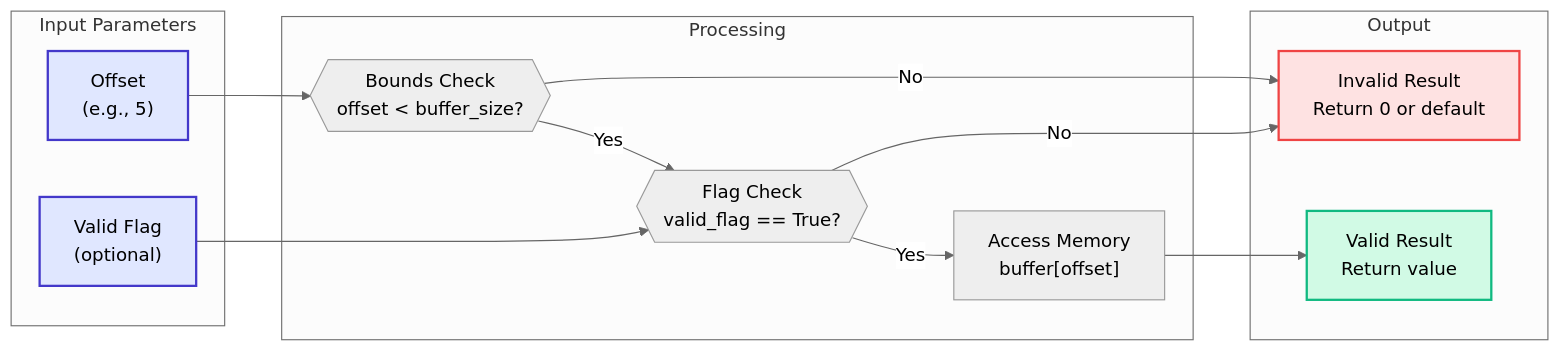
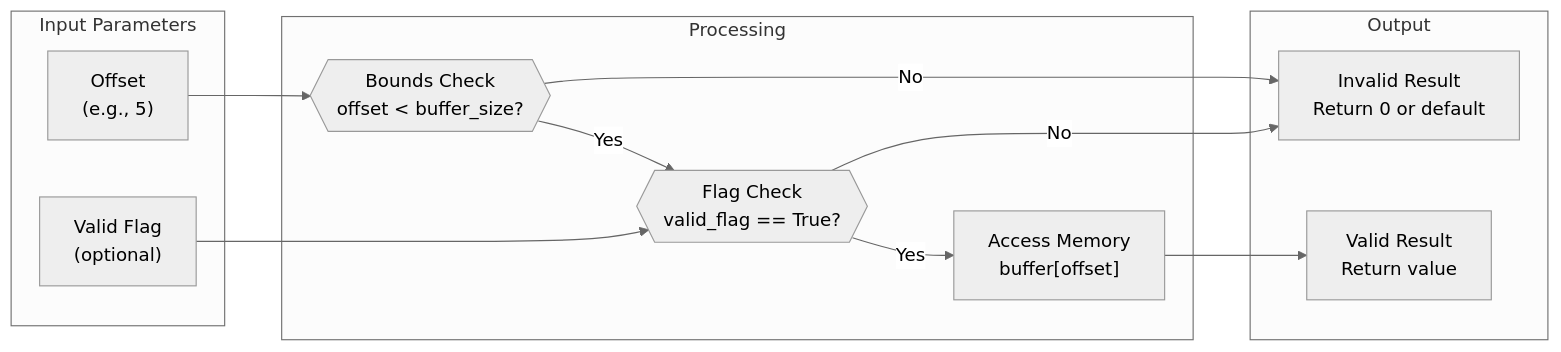
One commit to ROCm/composable_kernel changed the third of 4 diagrams in docs/conceptual/ck_tile/buffer_views.rst. Above: the diagram before and after it, drawn with Mermaid (neutral theme). The commit also changed other lines of this file and 21 other files, not shown here.

```diff
--- a/docs/conceptual/ck_tile/buffer_views.rst
+++ b/docs/conceptual/ck_tile/buffer_views.rst
@@ -245,34 +196,29 @@
-      .. mermaid::
-      
-         flowchart LR
-             subgraph "Input Parameters"
-                 Offset["Offset<br/>(e.g., 5)"]
-                 ValidFlag["Valid Flag<br/>(optional)"]
-             end
-   
-             subgraph "Processing"
-                 BoundsCheck{{"Bounds Check<br/>offset < buffer_size?"}}
-                 FlagCheck{{"Flag Check<br/>valid_flag == True?"}}
-                 Access["Access Memory<br/>buffer[offset]"]
-             end
-   
-             subgraph "Output"
-                 ValidResult["Valid Result<br/>Return value"]
-                 Invalid["Invalid Result<br/>Return 0 or default"]
-             end
-   
-             Offset --> BoundsCheck
-             ValidFlag --> FlagCheck
-   
-             BoundsCheck -->|Yes| FlagCheck
-             BoundsCheck -->|No| Invalid
-   
-             FlagCheck -->|Yes| Access
-             FlagCheck -->|No| Invalid
-   
-             Access --> ValidResult
-   
-             style Offset fill:#e0e7ff,stroke:#4338ca,stroke-width:2px
-             style ValidFlag fill:#e0e7ff,stroke:#4338ca,stroke-width:2px
-             style ValidResult fill:#d1fae5,stroke:#10b981,stroke-width:2px
-             style Invalid fill:#fee2e2,stroke:#ef4444,stroke-width:2px
+.. mermaid::
+
+   flowchart LR
+       subgraph "Input Parameters"
+           Offset["Offset<br/>(e.g., 5)"]
+           ValidFlag["Valid Flag<br/>(optional)"]
+       end
+
+       subgraph "Processing"
+           BoundsCheck{{"Bounds Check<br/>offset < buffer_size?"}}
+           FlagCheck{{"Flag Check<br/>valid_flag == True?"}}
+           Access["Access Memory<br/>buffer[offset]"]
+       end
+
+       subgraph "Output"
+           ValidResult["Valid Result<br/>Return value"]
+           Invalid["Invalid Result<br/>Return 0 or default"]
+       end
+
+       Offset --> BoundsCheck
+       ValidFlag --> FlagCheck
+
+       BoundsCheck -->|Yes| FlagCheck
+       BoundsCheck -->|No| Invalid
+
+       FlagCheck -->|Yes| Access
+       FlagCheck -->|No| Invalid
+
+       Access --> ValidResult
```
